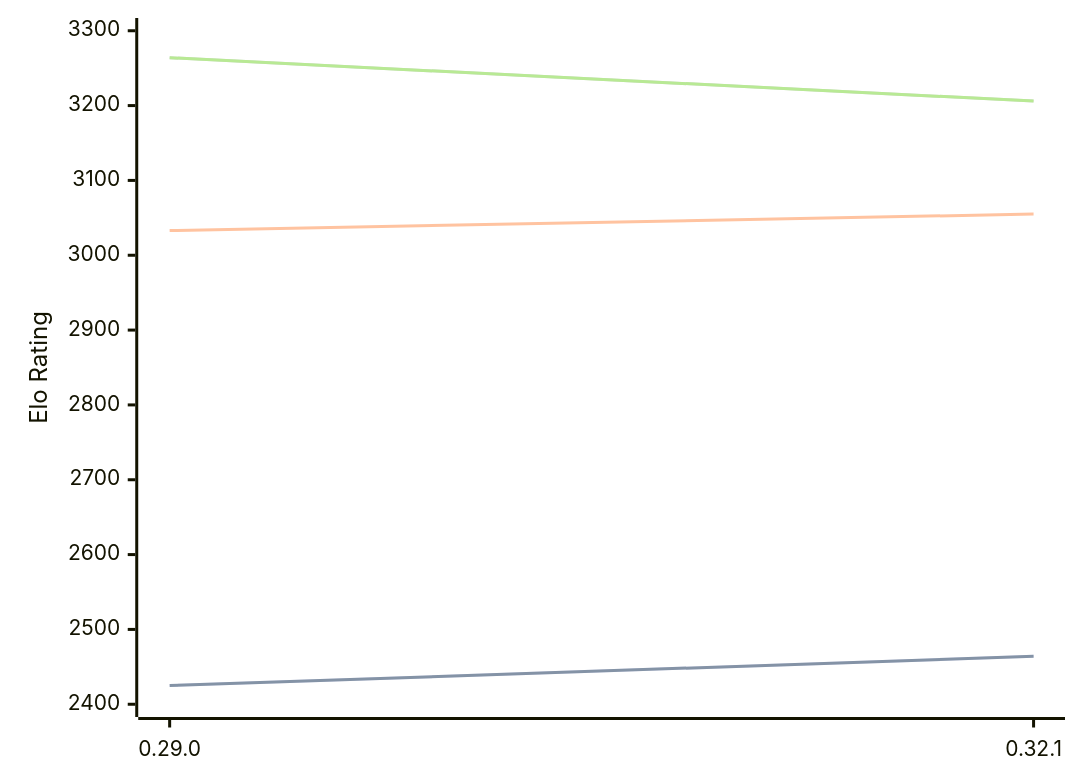
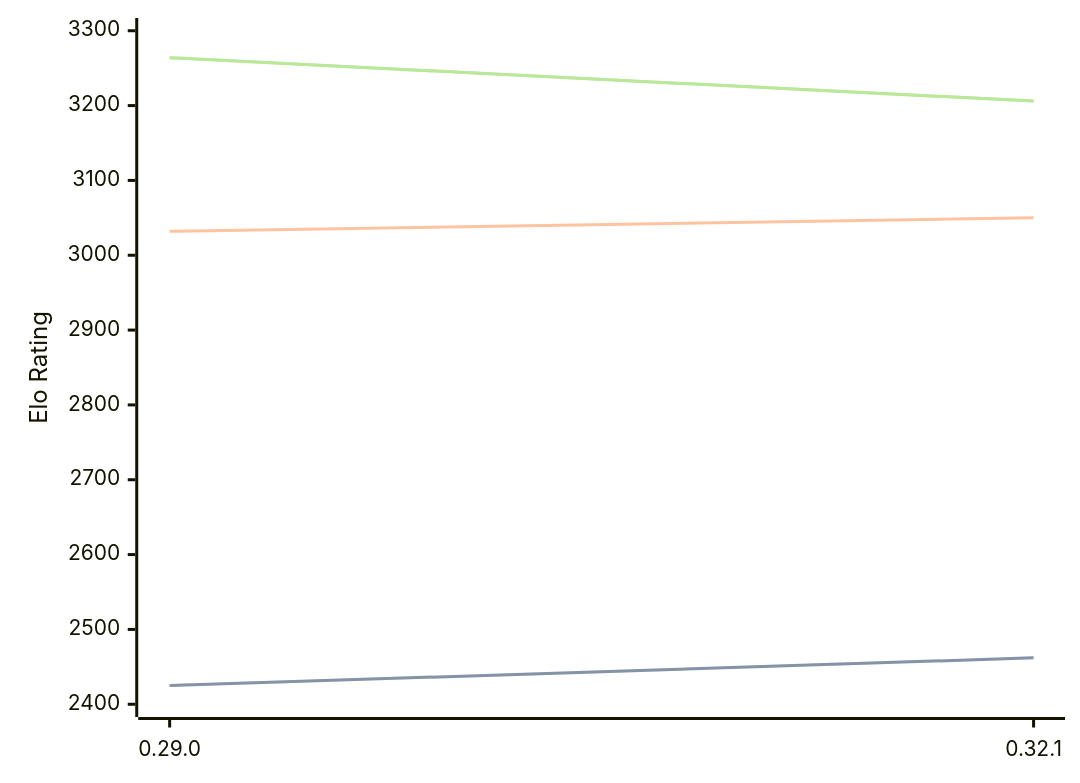
Before and after one commit to computer-chess-index/cci: the diagram in engines/Lc0.md, drawn with Mermaid. The commit also changed other lines of this file, not shown here.

Commit message:
Update CCI Ratings (ELO VLTC) - 2026-03-17

````diff
--- a/engines/Lc0.md
+++ b/engines/Lc0.md
@@ -66,11 +66,11 @@
 ```mermaid
 %%{init: {"theme":"base","themeVariables":{"seriesColors:['#a3a3a3','#222221','#faa371']}}}%%
 xychart-beta
   x-axis ["0.29.0", "0.32.1"]
   y-axis "Elo Rating" 2400 --> 3300
-  line "STC (8.0+0.08s)" [2425, 2464]
-  line "STC (8.0+0.08s)" [2425, 2464]
-  line "LTC (60.0+0.60s)" [3033, 3055]
+  line "STC (8.0+0.08s)" [2425, 2462]
+  line "STC (8.0+0.08s)" [2425, 2462]
+  line "LTC (60.0+0.60s)" [3032, 3050]
   line "VLTC (2m24s+1.12s)" [3264, 3206]
   line "VLTC (2m24s+1.12s)" [3264, 3206]
 ```
````
